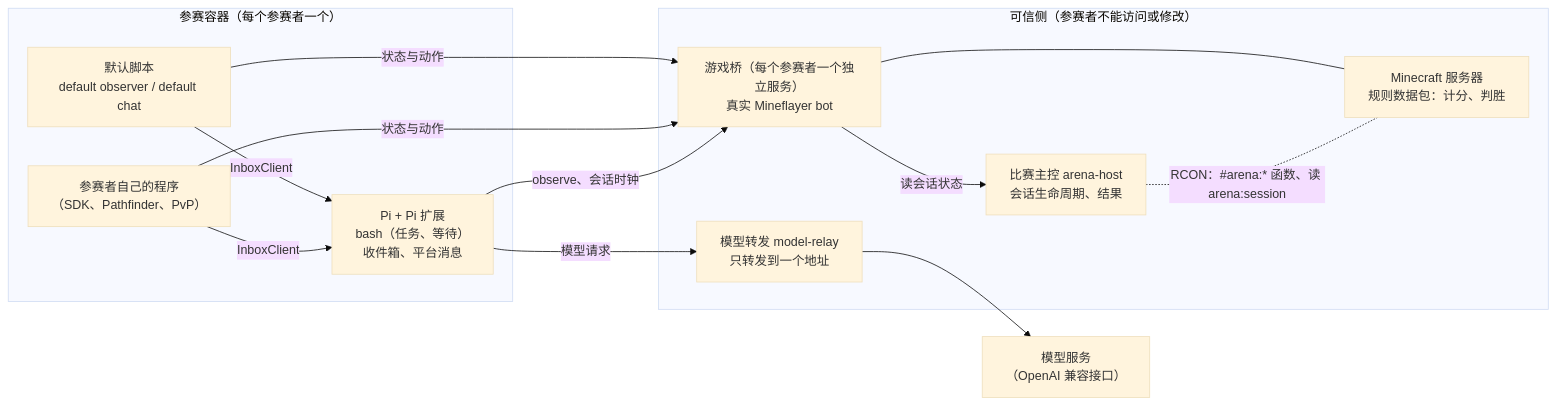
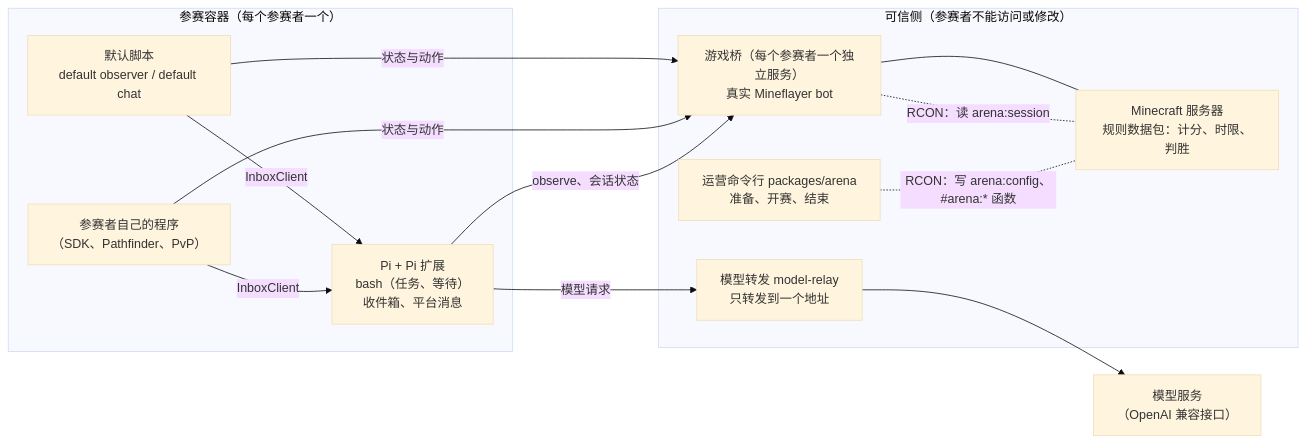
Before and after one commit to ueagohbbcd/craft-arena: the diagram in README.md, drawn with Mermaid (base theme). The commit also changed other lines of this file and 73 other files, not shown here.

First line of the commit message:
Remove the arena host and the model's session clock (#18)

````diff
--- a/README.md
+++ b/README.md
@@ -7,25 +7,25 @@
 ```mermaid
 flowchart LR
   subgraph trusted["可信侧（参赛者不能访问或修改）"]
-    host["比赛主控 arena-host<br/>会话生命周期、结果"]
+    cli["运营命令行 packages/arena<br/>准备、开赛、结束"]
     bridge["游戏桥（每个参赛者一个独立服务）<br/>真实 Mineflayer bot"]
     relay["模型转发 model-relay<br/>只转发到一个地址"]
-    mc["Minecraft 服务器<br/>规则数据包：计分、判胜"]
-    bridge -- "读会话状态" --> host
+    mc["Minecraft 服务器<br/>规则数据包：计分、时限、判胜"]
     bridge --- mc
-    host -. "RCON：#arena:* 函数、读 arena:session" .- mc
+    bridge -. "RCON：读 arena:session" .- mc
+    cli -. "RCON：写 arena:config、#arena:* 函数" .- mc
   end
   subgraph box["参赛容器（每个参赛者一个）"]
     pi["Pi + Pi 扩展<br/>bash（任务、等待）<br/>收件箱、平台消息"]
     scripts["默认脚本<br/>default observer / default chat"]
     progs["参赛者自己的程序<br/>（SDK、Pathfinder、PvP）"]
   end
   upstream["模型服务<br/>（OpenAI 兼容接口）"]
   scripts -- "状态与动作" --> bridge
   progs -- "状态与动作" --> bridge
-  pi -- "observe、会话时钟" --> bridge
+  pi -- "observe、会话状态" --> bridge
   pi -- "模型请求" --> relay
   relay --> upstream
   scripts -- "InboxClient" --> pi
   progs -- "InboxClient" --> pi
 ```
````
